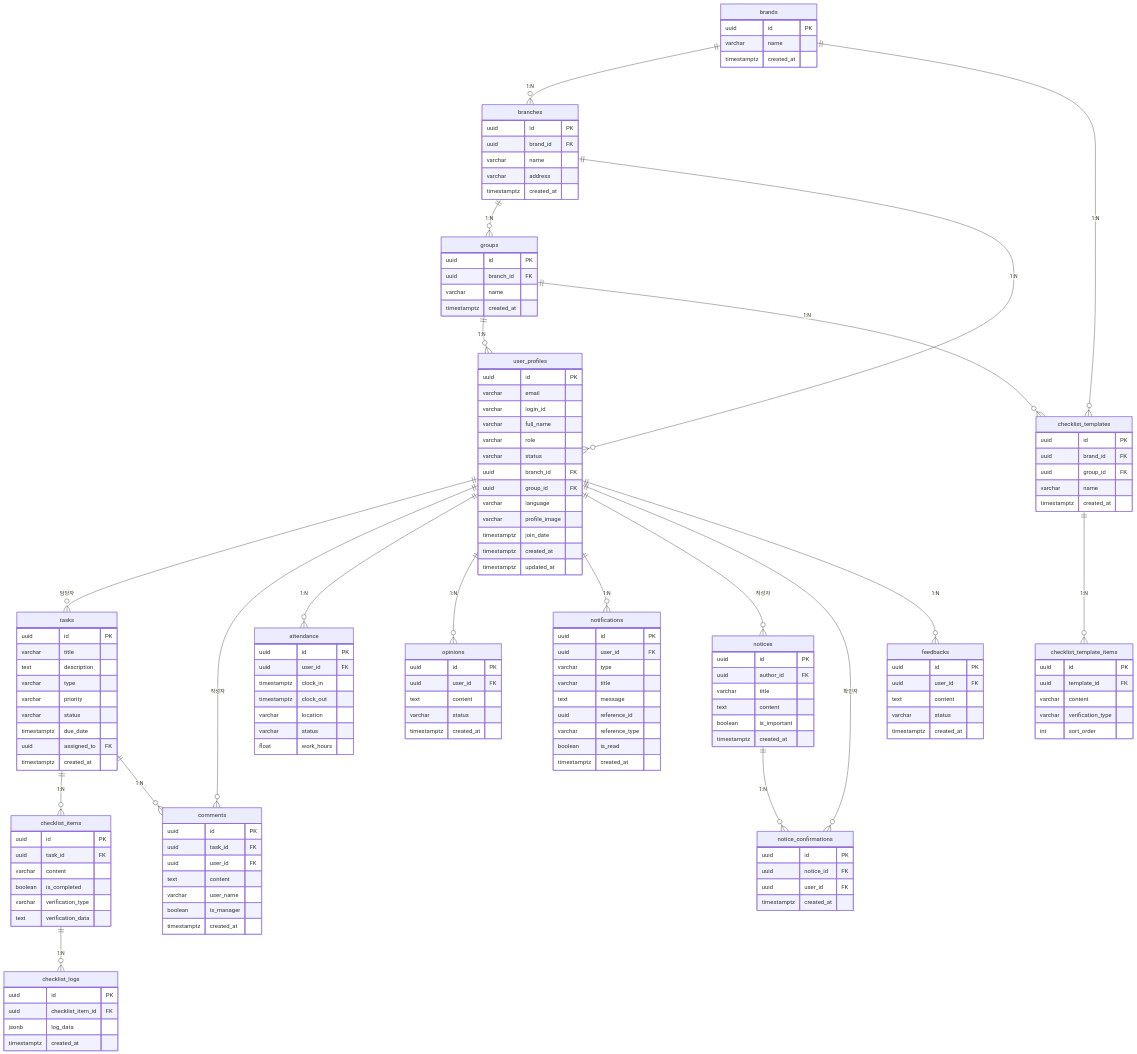
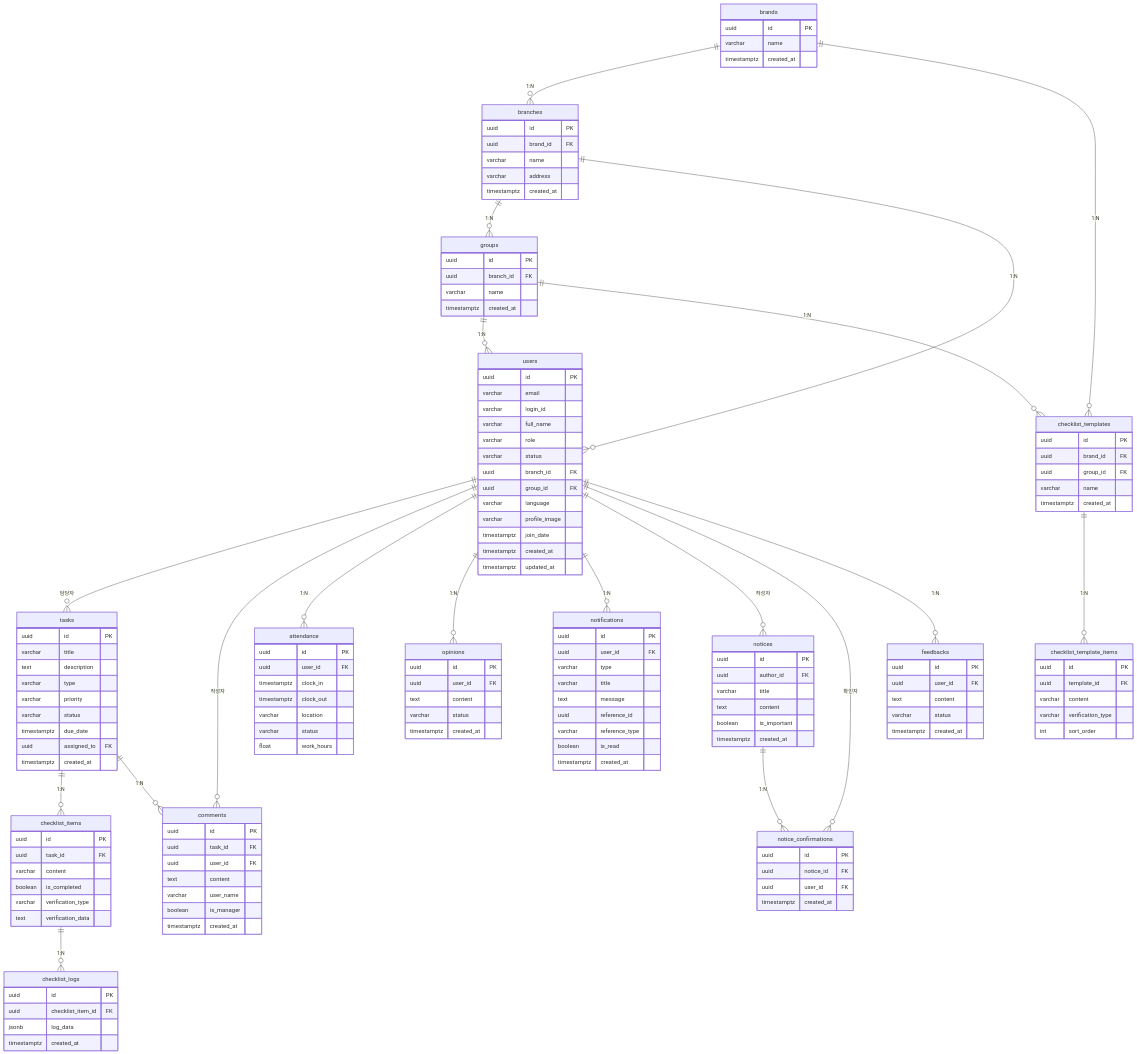
The diagram in docs/DB_SPECIFICATION.md (scrcorp/task_server), drawn with Mermaid before and after one commit. The commit also changed other lines of this file and 13 other files, not shown here.

First line of the commit message:
Refactor: user_profiles 테이블을 users로 rename + API/DB 명세서 업데이트

```diff
--- a/docs/DB_SPECIFICATION.md
+++ b/docs/DB_SPECIFICATION.md
@@ -46,17 +46,17 @@
 erDiagram
     brands ||--o{ branches : "1:N"
     branches ||--o{ groups : "1:N"
-    branches ||--o{ user_profiles : "1:N"
-    groups ||--o{ user_profiles : "1:N"
+    branches ||--o{ users : "1:N"
+    groups ||--o{ users : "1:N"
 
-    user_profiles ||--o{ tasks : "담당자"
-    user_profiles ||--o{ comments : "작성자"
-    user_profiles ||--o{ attendance : "1:N"
-    user_profiles ||--o{ opinions : "1:N"
-    user_profiles ||--o{ notifications : "1:N"
-    user_profiles ||--o{ notices : "작성자"
-    user_profiles ||--o{ notice_confirmations : "확인자"
-    user_profiles ||--o{ feedbacks : "1:N"
+    users ||--o{ tasks : "담당자"
+    users ||--o{ comments : "작성자"
+    users ||--o{ attendance : "1:N"
+    users ||--o{ opinions : "1:N"
+    users ||--o{ notifications : "1:N"
+    users ||--o{ notices : "작성자"
+    users ||--o{ notice_confirmations : "확인자"
+    users ||--o{ feedbacks : "1:N"
 
     tasks ||--o{ checklist_items : "1:N"
     tasks ||--o{ comments : "1:N"
@@ -89,7 +89,7 @@
         timestamptz created_at
     }
 
-    user_profiles {
+    users {
         uuid id PK
         varchar email
         varchar login_id
```
